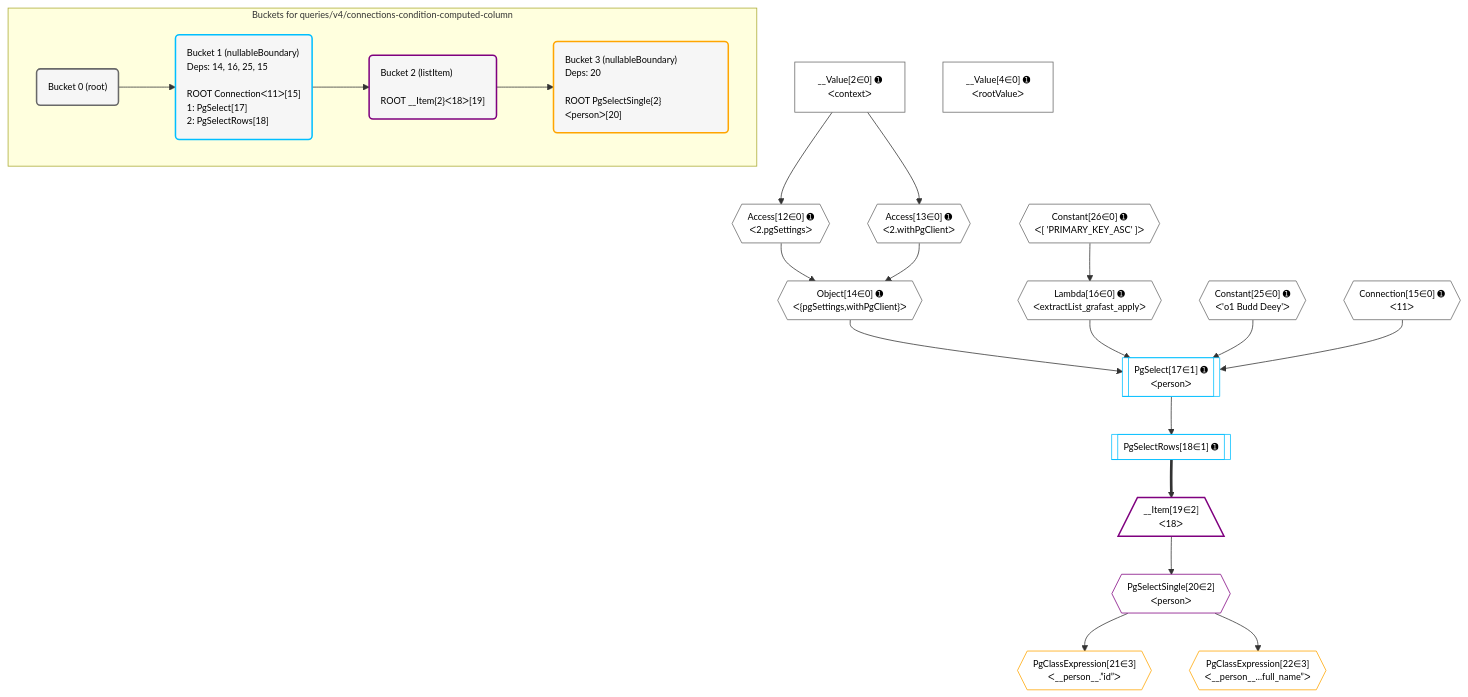
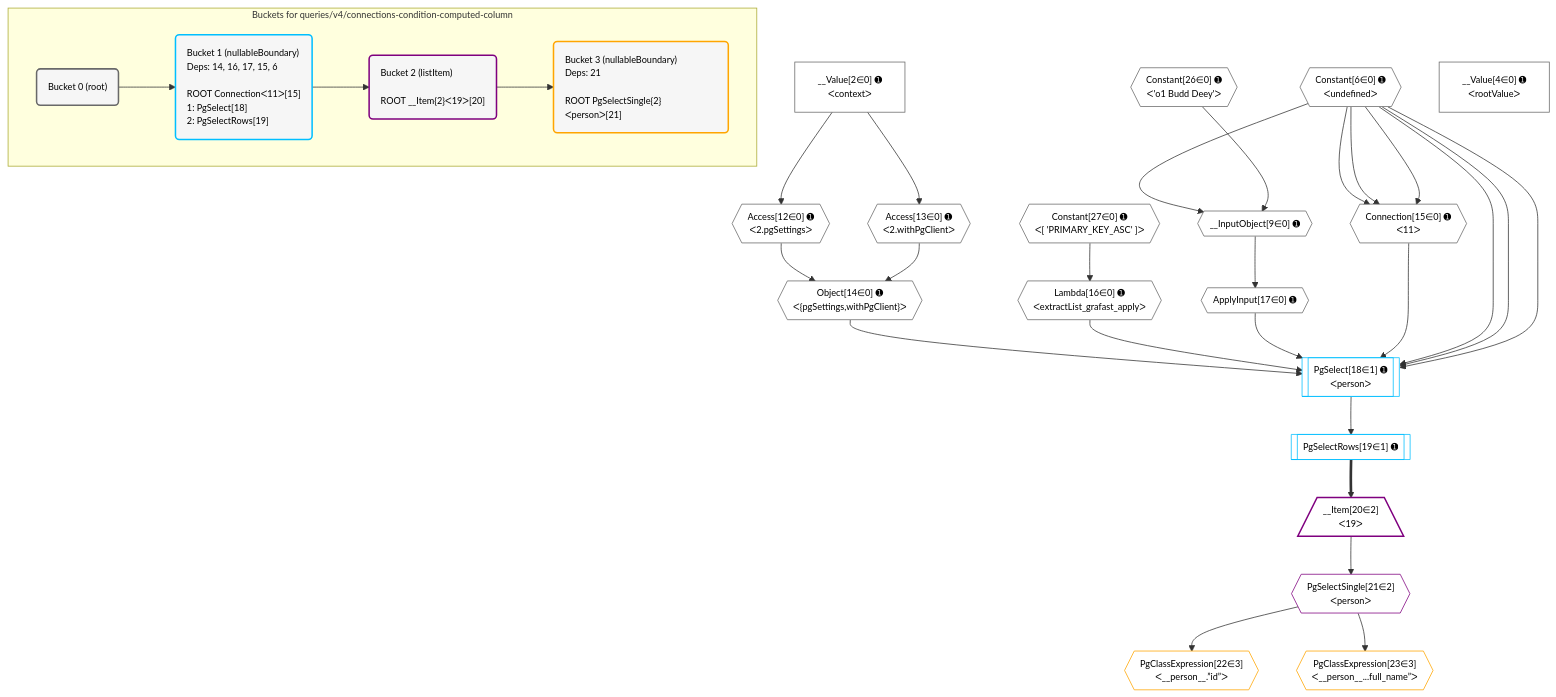
Before and after one commit to graphile/crystal: the diagram in postgraphile/postgraphile/__tests__/queries/v4/connections-condition-computed-column.mermaid, drawn with Mermaid. The commit also changed 116 other files, not shown here.

Commit message:
Update mermaid plan diagrams

```diff
--- a/postgraphile/postgraphile/__tests__/queries/v4/connections-condition-computed-column.mermaid
+++ b/postgraphile/postgraphile/__tests__/queries/v4/connections-condition-computed-column.mermaid
@@ -1,56 +1,62 @@
 %%{init: {'themeVariables': { 'fontSize': '12px'}}}%%
 graph TD
     classDef path fill:#eee,stroke:#000,color:#000
     classDef plan fill:#fff,stroke-width:1px,color:#000
     classDef itemplan fill:#fff,stroke-width:2px,color:#000
     classDef unbatchedplan fill:#dff,stroke-width:1px,color:#000
     classDef sideeffectplan fill:#fcc,stroke-width:2px,color:#000
     classDef bucket fill:#f6f6f6,color:#000,stroke-width:2px,text-align:left
 
 
     %% plan dependencies
+    Connection15{{"Connection[15∈0] ➊<br />ᐸ11ᐳ"}}:::plan
+    Constant6{{"Constant[6∈0] ➊<br />ᐸundefinedᐳ"}}:::plan
+    Constant6 & Constant6 & Constant6 --> Connection15
+    __InputObject9{{"__InputObject[9∈0] ➊"}}:::plan
+    Constant26{{"Constant[26∈0] ➊<br />ᐸ'o1 Budd Deey'ᐳ"}}:::plan
+    Constant6 & Constant26 --> __InputObject9
     Object14{{"Object[14∈0] ➊<br />ᐸ{pgSettings,withPgClient}ᐳ"}}:::plan
     Access12{{"Access[12∈0] ➊<br />ᐸ2.pgSettingsᐳ"}}:::plan
     Access13{{"Access[13∈0] ➊<br />ᐸ2.withPgClientᐳ"}}:::plan
     Access12 & Access13 --> Object14
     __Value2["__Value[2∈0] ➊<br />ᐸcontextᐳ"]:::plan
     __Value2 --> Access12
     __Value2 --> Access13
     Lambda16{{"Lambda[16∈0] ➊<br />ᐸextractList_grafast_applyᐳ"}}:::plan
-    Constant26{{"Constant[26∈0] ➊<br />ᐸ[ 'PRIMARY_KEY_ASC' ]ᐳ"}}:::plan
-    Constant26 --> Lambda16
+    Constant27{{"Constant[27∈0] ➊<br />ᐸ[ 'PRIMARY_KEY_ASC' ]ᐳ"}}:::plan
+    Constant27 --> Lambda16
+    ApplyInput17{{"ApplyInput[17∈0] ➊"}}:::plan
+    __InputObject9 --> ApplyInput17
     __Value4["__Value[4∈0] ➊<br />ᐸrootValueᐳ"]:::plan
-    Connection15{{"Connection[15∈0] ➊<br />ᐸ11ᐳ"}}:::plan
-    Constant25{{"Constant[25∈0] ➊<br />ᐸ'o1 Budd Deey'ᐳ"}}:::plan
-    PgSelect17[["PgSelect[17∈1] ➊<br />ᐸpersonᐳ"]]:::plan
-    Object14 & Lambda16 & Constant25 & Connection15 --> PgSelect17
-    PgSelectRows18[["PgSelectRows[18∈1] ➊"]]:::plan
-    PgSelect17 --> PgSelectRows18
-    __Item19[/"__Item[19∈2]<br />ᐸ18ᐳ"\]:::itemplan
-    PgSelectRows18 ==> __Item19
-    PgSelectSingle20{{"PgSelectSingle[20∈2]<br />ᐸpersonᐳ"}}:::plan
-    __Item19 --> PgSelectSingle20
-    PgClassExpression21{{"PgClassExpression[21∈3]<br />ᐸ__person__.”id”ᐳ"}}:::plan
-    PgSelectSingle20 --> PgClassExpression21
-    PgClassExpression22{{"PgClassExpression[22∈3]<br />ᐸ__person__...full_name”ᐳ"}}:::plan
-    PgSelectSingle20 --> PgClassExpression22
+    PgSelect18[["PgSelect[18∈1] ➊<br />ᐸpersonᐳ"]]:::plan
+    Object14 & Lambda16 & ApplyInput17 & Connection15 & Constant6 & Constant6 & Constant6 --> PgSelect18
+    PgSelectRows19[["PgSelectRows[19∈1] ➊"]]:::plan
+    PgSelect18 --> PgSelectRows19
+    __Item20[/"__Item[20∈2]<br />ᐸ19ᐳ"\]:::itemplan
+    PgSelectRows19 ==> __Item20
+    PgSelectSingle21{{"PgSelectSingle[21∈2]<br />ᐸpersonᐳ"}}:::plan
+    __Item20 --> PgSelectSingle21
+    PgClassExpression22{{"PgClassExpression[22∈3]<br />ᐸ__person__.”id”ᐳ"}}:::plan
+    PgSelectSingle21 --> PgClassExpression22
+    PgClassExpression23{{"PgClassExpression[23∈3]<br />ᐸ__person__...full_name”ᐳ"}}:::plan
+    PgSelectSingle21 --> PgClassExpression23
 
     %% define steps
 
     subgraph "Buckets for queries/v4/connections-condition-computed-column"
     Bucket0("Bucket 0 (root)"):::bucket
     classDef bucket0 stroke:#696969
-    class Bucket0,__Value2,__Value4,Access12,Access13,Object14,Connection15,Lambda16,Constant25,Constant26 bucket0
-    Bucket1("Bucket 1 (nullableBoundary)<br />Deps: 14, 16, 25, 15<br /><br />ROOT Connectionᐸ11ᐳ[15]<br />1: PgSelect[17]<br />2: PgSelectRows[18]"):::bucket
+    class Bucket0,__Value2,__Value4,Constant6,__InputObject9,Access12,Access13,Object14,Connection15,Lambda16,ApplyInput17,Constant26,Constant27 bucket0
+    Bucket1("Bucket 1 (nullableBoundary)<br />Deps: 14, 16, 17, 15, 6<br /><br />ROOT Connectionᐸ11ᐳ[15]<br />1: PgSelect[18]<br />2: PgSelectRows[19]"):::bucket
     classDef bucket1 stroke:#00bfff
-    class Bucket1,PgSelect17,PgSelectRows18 bucket1
-    Bucket2("Bucket 2 (listItem)<br /><br />ROOT __Item{2}ᐸ18ᐳ[19]"):::bucket
+    class Bucket1,PgSelect18,PgSelectRows19 bucket1
+    Bucket2("Bucket 2 (listItem)<br /><br />ROOT __Item{2}ᐸ19ᐳ[20]"):::bucket
     classDef bucket2 stroke:#7f007f
-    class Bucket2,__Item19,PgSelectSingle20 bucket2
-    Bucket3("Bucket 3 (nullableBoundary)<br />Deps: 20<br /><br />ROOT PgSelectSingle{2}ᐸpersonᐳ[20]"):::bucket
+    class Bucket2,__Item20,PgSelectSingle21 bucket2
+    Bucket3("Bucket 3 (nullableBoundary)<br />Deps: 21<br /><br />ROOT PgSelectSingle{2}ᐸpersonᐳ[21]"):::bucket
     classDef bucket3 stroke:#ffa500
-    class Bucket3,PgClassExpression21,PgClassExpression22 bucket3
+    class Bucket3,PgClassExpression22,PgClassExpression23 bucket3
     Bucket0 --> Bucket1
     Bucket1 --> Bucket2
     Bucket2 --> Bucket3
     end
```
